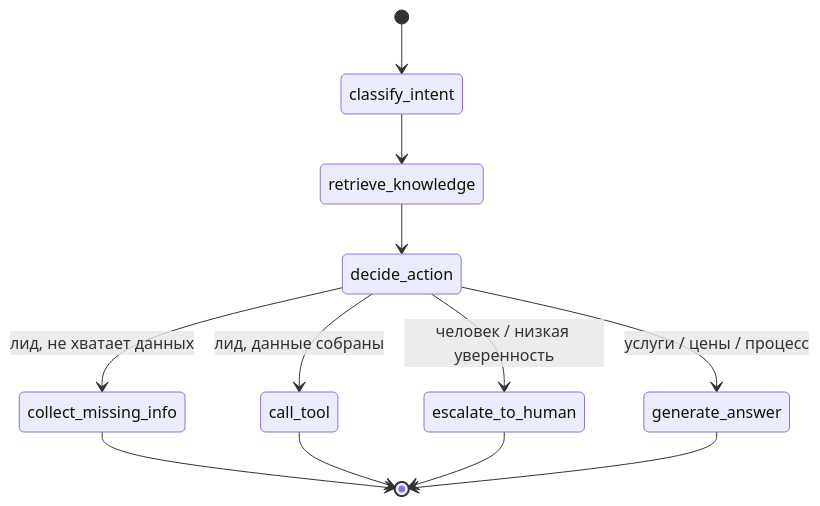
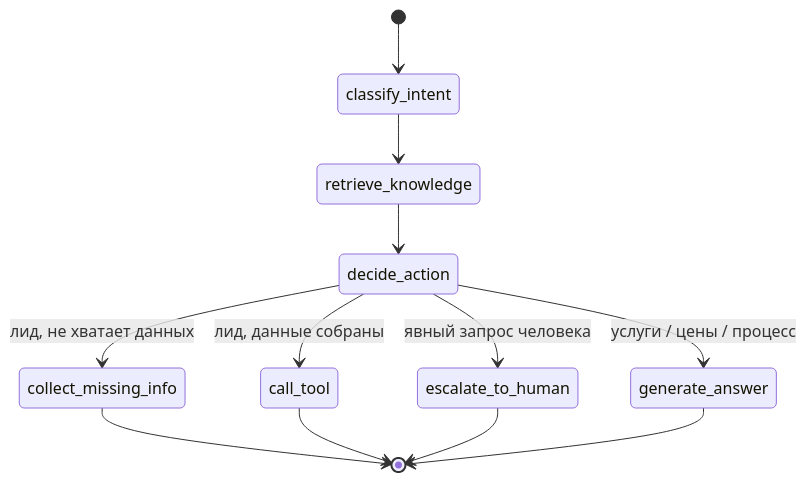
Before and after one commit to HullyMully/ai-marketing-agent-rag-langgraph: the second of 2 diagrams in README.ru.md, drawn with Mermaid. The commit also changed other lines of this file and 25 other files, not shown here.

Commit message:
Improve real agent conversation flow

````diff
--- a/README.ru.md
+++ b/README.ru.md
@@ -142,14 +143,14 @@
 ```mermaid
 stateDiagram-v2
     [*] --> classify_intent
     classify_intent --> retrieve_knowledge
     retrieve_knowledge --> decide_action
-    decide_action --> escalate_to_human: человек / низкая уверенность
+    decide_action --> escalate_to_human: явный запрос человека
     decide_action --> collect_missing_info: лид, не хватает данных
     decide_action --> call_tool: лид, данные собраны
     decide_action --> generate_answer: услуги / цены / процесс
     collect_missing_info --> [*]
     call_tool --> [*]
     escalate_to_human --> [*]
     generate_answer --> [*]
 ```
````
